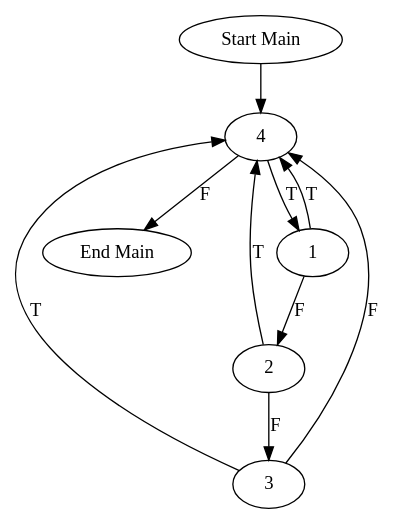
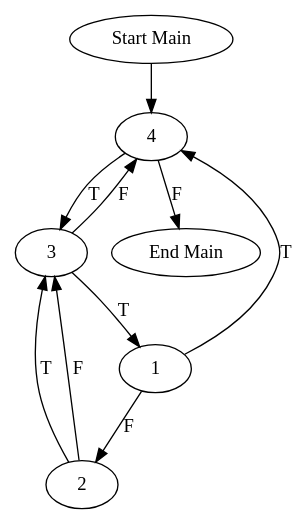
The diagram in Parser/input.dot (echancrure/Sikraken), drawn with Graphviz before and after one commit. The commit also changed 6 other files, not shown here.

```diff
--- a/Parser/input.dot
+++ b/Parser/input.dot
@@ -1,13 +1,13 @@
 digraph CFG {
 subgraph Main{
 "Start Main" -> "4"	 
-"4" -> "1" [label = "T"];
+"4" -> "3" [label = "T"];
 "4" -> "End Main" [label = "F"];
-"3" -> "4" [label = "T"];
+"3" -> "1" [label = "T"];
 "3" -> "4" [label = "F"];
-"2" -> "4" [label = "T"];
+"2" -> "3" [label = "T"];
 "2" -> "3" [label = "F"];
 "1" -> "4" [label = "T"];
 "1" -> "2" [label = "F"];
 }
 }
```
